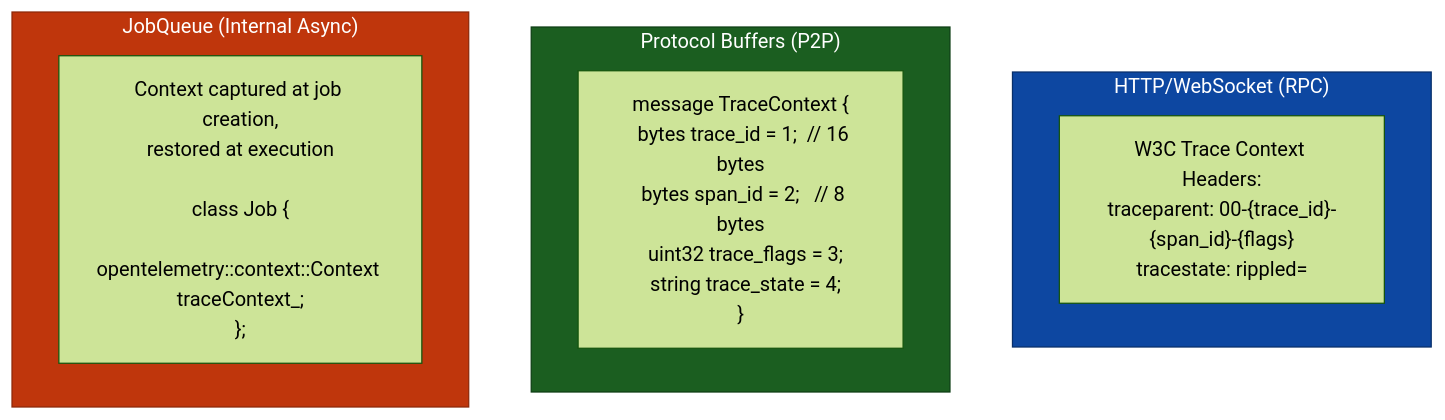
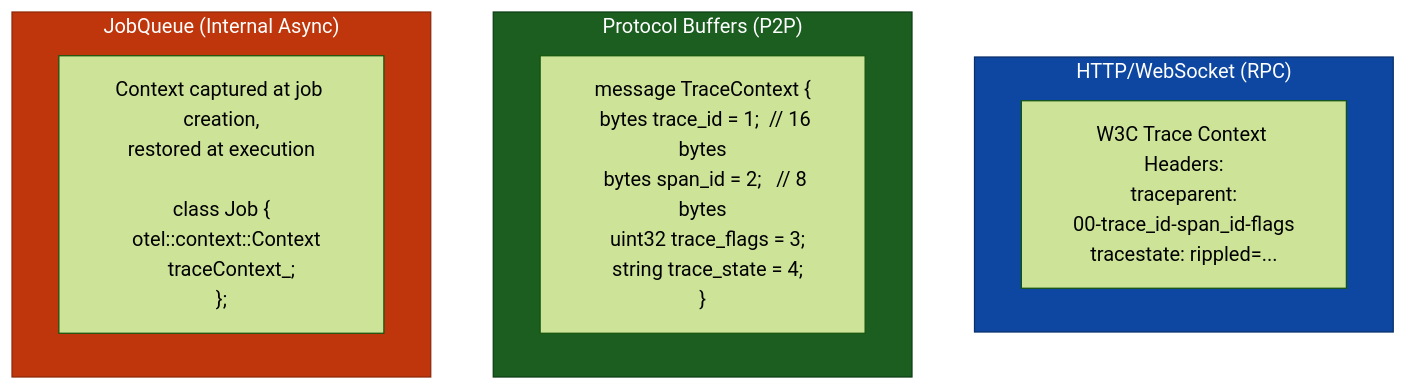
Before and after one commit to XRPLF/rippled: the second of 3 diagrams in OpenTelemetryPlan/02-design-decisions.md, drawn with Mermaid (forest theme). The commit also changed other lines of this file and 12 other files, not shown here.

````diff
--- a/OpenTelemetryPlan/02-design-decisions.md
+++ b/OpenTelemetryPlan/02-design-decisions.md
@@ -321,18 +422,18 @@
 ```mermaid
 flowchart TB
     subgraph http["HTTP/WebSocket (RPC)"]
-        w3c["W3C Trace Context Headers:<br/>traceparent: 00-{trace_id}-{span_id}-{flags}<br/>tracestate: rippled=<state>"]
+        w3c["W3C Trace Context Headers:<br/>traceparent:<br/>00-trace_id-span_id-flags<br/>tracestate: rippled=..."]
     end
 
     subgraph protobuf["Protocol Buffers (P2P)"]
         proto["message TraceContext {<br/>  bytes trace_id = 1;  // 16 bytes<br/>  bytes span_id = 2;   // 8 bytes<br/>  uint32 trace_flags = 3;<br/>  string trace_state = 4;<br/>}"]
     end
 
     subgraph jobqueue["JobQueue (Internal Async)"]
-        job["Context captured at job creation,<br/>restored at execution<br/><br/>class Job {<br/>  opentelemetry::context::Context traceContext_;<br/>};"]
+        job["Context captured at job creation,<br/>restored at execution<br/><br/>class Job {<br/>  otel::context::Context<br/>    traceContext_;<br/>};"]
     end
 
     style http fill:#0d47a1,stroke:#082f6a,color:#ffffff
     style protobuf fill:#1b5e20,stroke:#0d3d14,color:#ffffff
     style jobqueue fill:#bf360c,stroke:#8c2809,color:#ffffff
 ```
````
